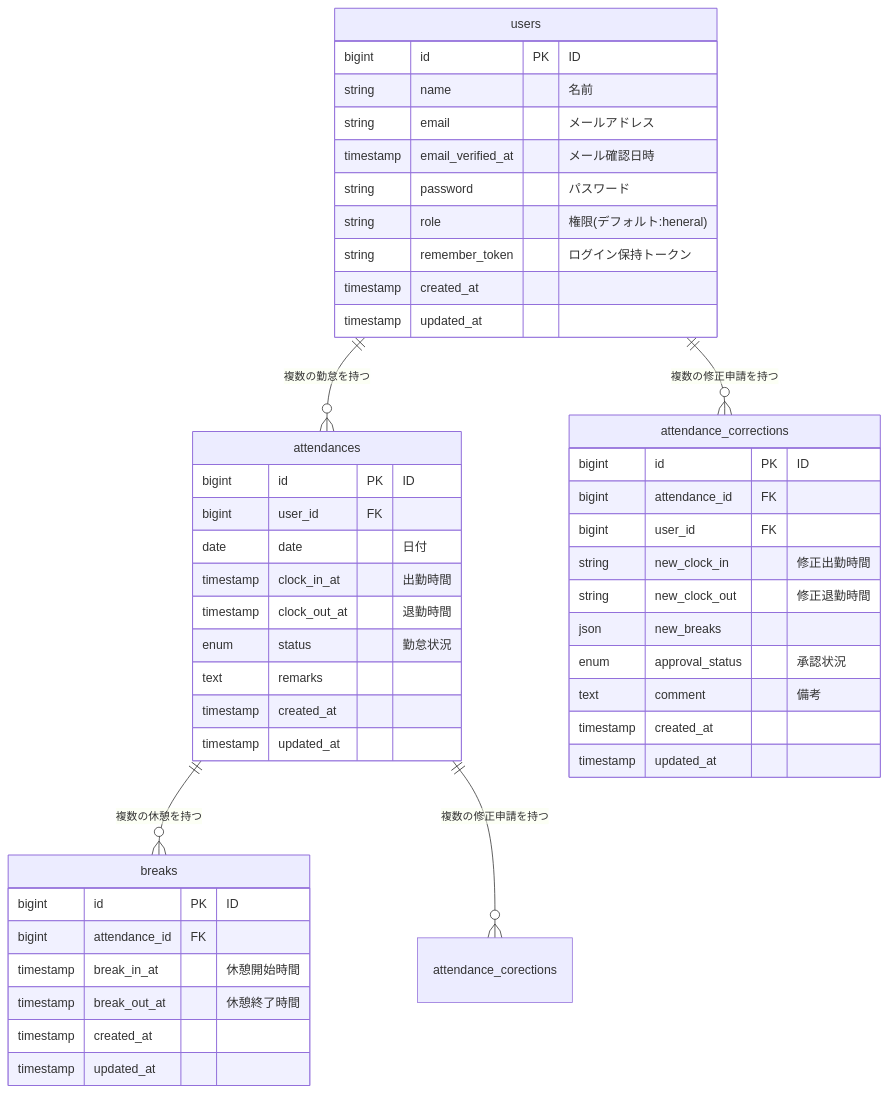
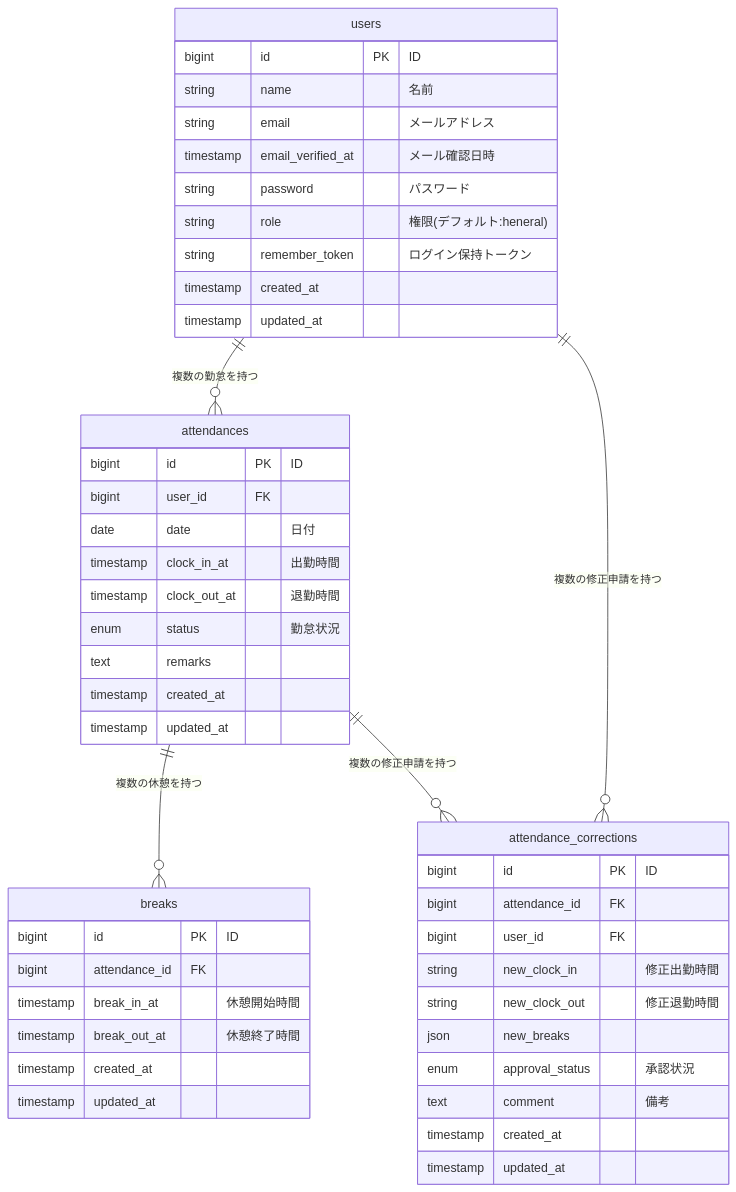
One commit to haruna-kojima/attendance changed the diagram in README.md. Above: the diagram before and after it, drawn with Mermaid.

Commit message:
README.md修正2

````diff
--- a/README.md
+++ b/README.md
@@ -92,54 +92,54 @@
 ```mermaid
 erDiagram
     users ||--o{ attendances : "複数の勤怠を持つ"
     users ||--o{ attendance_corrections : "複数の修正申請を持つ"
     attendances ||--o{ breaks : "複数の休憩を持つ"
-    attendances ||--o{ attendance_corections : "複数の修正申請を持つ"
+    attendances ||--o{ attendance_corrections : "複数の修正申請を持つ"
 
 
     users {
         bigint id PK "ID"
         string name "名前"  
         string email "メールアドレス"
         timestamp email_verified_at "メール確認日時"
         string password "パスワード"
         string role "権限(デフォルト:heneral)"
         string remember_token "ログイン保持トークン"
         timestamp created_at
         timestamp updated_at
     }
 
     attendances {
         bigint id PK "ID"
         bigint user_id FK
         date date "日付"
         timestamp clock_in_at "出勤時間"
         timestamp clock_out_at "退勤時間"
         enum status "勤怠状況"
         text remarks 
         timestamp created_at
         timestamp updated_at
     }
 
     breaks {
         bigint id PK "ID"
         bigint attendance_id FK
         timestamp break_in_at "休憩開始時間"
         timestamp break_out_at "休憩終了時間"
         timestamp created_at
         timestamp updated_at
     }
 
     attendance_corrections {
         bigint id PK "ID"
         bigint attendance_id FK
         bigint user_id FK
         string new_clock_in "修正出勤時間"
         string new_clock_out "修正退勤時間"
         json new_breaks
         enum approval_status "承認状況"
         text comment "備考"
         timestamp created_at
         timestamp updated_at
     }
 ```    
````
